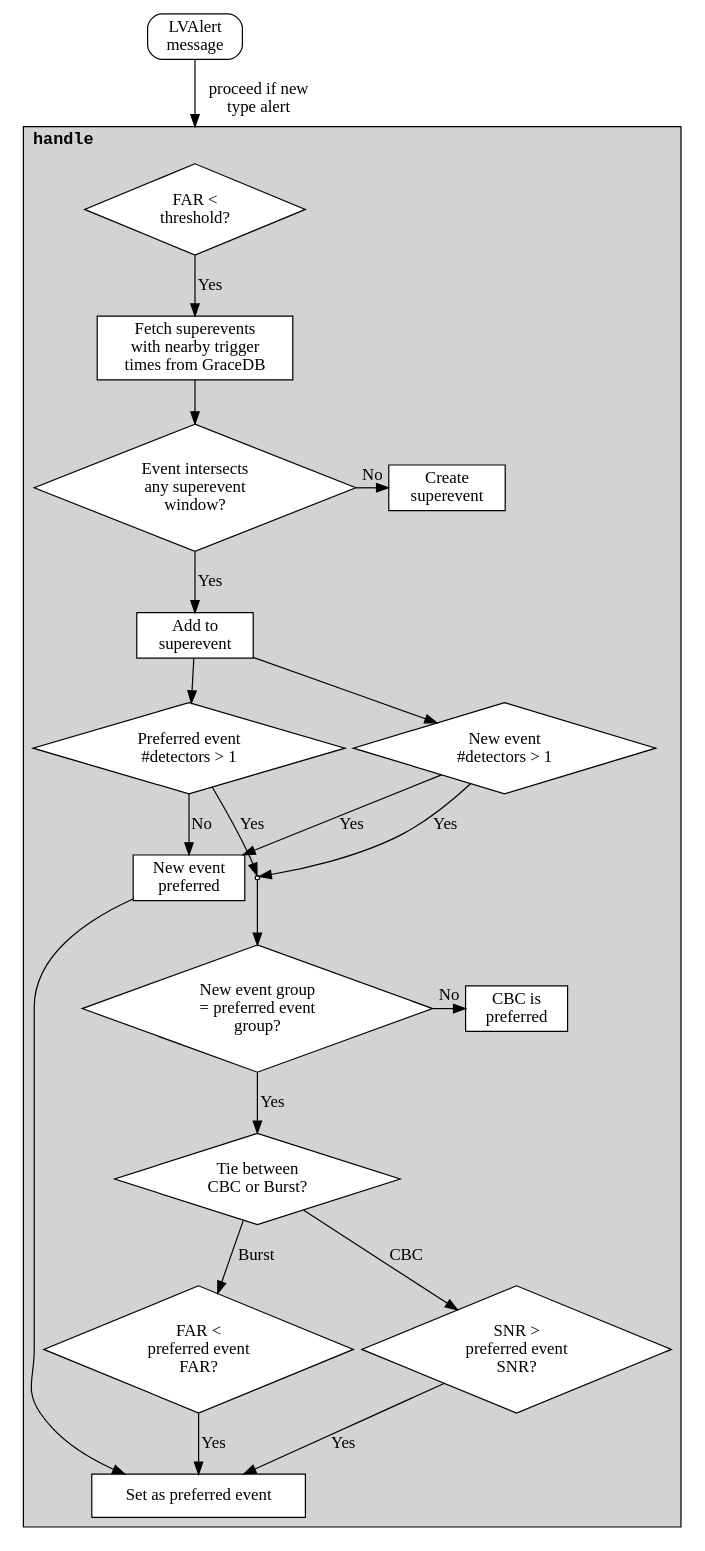
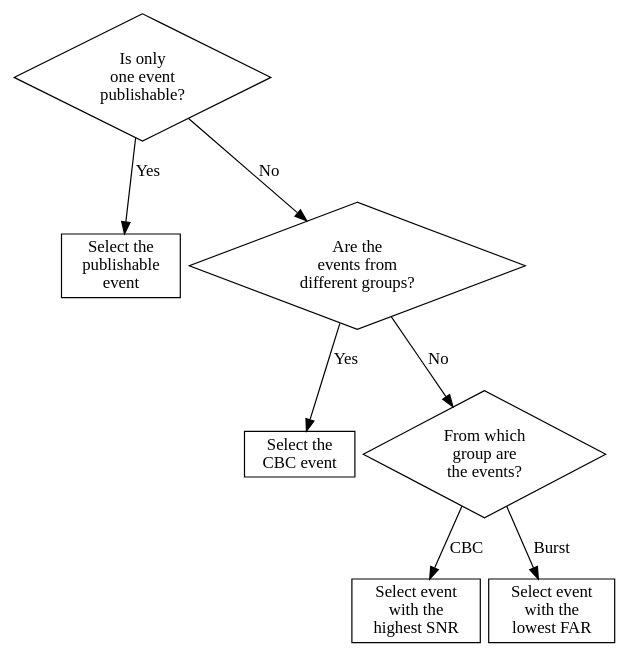
One commit to lpsinger/gwcelery changed the diagram in doc/gwcelery.tasks.superevents.rst. Above: the diagram before and after it, drawn with Graphviz. The commit also changed other lines of this file, not shown here.

Commit message:
Replace superevent flow chart with decision tree
A decision tree is a more natural way to illustrate the selection
of the preferred event than a flow chart.

```diff
--- a/doc/gwcelery.tasks.superevents.rst
+++ b/doc/gwcelery.tasks.superevents.rst
@@ -20,4 +44,4 @@
-.. digraph:: superevents
+.. digraph:: preferred_event
 
     compound = true
     nodesep = 0.1
@@ -36,120 +60,40 @@
         target = "_top"
     ]
 
-    lvalert [
-        label = "LVAlert\nmessage"
-        style = rounded
+    should_publish_differs [
+        label = "Is only\none event\npublishable?"
+        shape = diamond
     ]
 
-    subgraph cluster_handle {
-        href = "../gwcelery.tasks.superevents.html#gwcelery.tasks.superevents.handle"
-        label = <<B><FONT face="monospace">handle</FONT></B>>
+    should_publish_decides [
+        label = "Select the\npublishable\nevent"
+    ]
 
-        far_check [
-            label = "FAR <\nthreshold?"
-            shape = diamond
-        ]
+    group_differs [
+        label = "Are the\nevents from\ndifferent groups?"
+        shape = diamond
+    ]
 
-        fetch_superevents [
-            label = "Fetch superevents\nwith nearby trigger\ntimes from GraceDB"
-        ]
+    group_decides [
+        label = "Select the\nCBC event"
+    ]
 
-        {
-            rank = same
+    which_group [
+        label = "From which\ngroup are\nthe events?"
+        shape = diamond
+    ]
 
-            associated_superevent [
-                label = "Event intersects\nany superevent\nwindow?"
-                shape = diamond
-            ]
+    cbc_significance [
+        label = "Select event\nwith the\nhighest SNR"
+    ]
 
-            create_superevent [
-                label = "Create\nsuperevent"
-            ]
-        }
+    burst_significance [
+        label = "Select event\nwith the\nlowest FAR"
+    ]
 
-        {
-            rank = same
-
-            preferred_event_multi_ifo [
-                label = "Preferred event\n#detectors > 1"
-                shape = diamond
-
-            ]
-
-            new_event_multi_ifo [
-               label = "New event\n#detectors > 1"
-               shape = diamond
-            ]
-        }
-
-        {
-            rank = same
-
-            d1 [
-                label="New event\npreferred"
-            ]
-
-            d2 [
-                shape=point
-                margin = "3.20,0.05"
-            ]
-        }
-
-        add_to_superevent [
-            label = "Add to\nsuperevent"
-        ]
-
-        {
-            rank = same
-
-            group_tie [
-                label = "New event group\n= preferred event\ngroup?"
-                shape = diamond
-            ]
-
-            cbc_preferred [
-                label = "CBC is\npreferred"
-            ]
-        }
-
-        cbc_burst [
-            label = "Tie between\nCBC or Burst?"
-            shape = diamond
-        ]
-
-        far_tie_breaker [
-            label = "FAR <\npreferred event\nFAR?"
-            shape = diamond
-        ]
-
-        snr_tie_breaker [
-            label = "SNR >\npreferred event\nSNR?"
-            shape = diamond
-        ]
-
-        set_preferred [label = "Set as preferred event"]
-    }
-
-    lvalert -> far_check [
-        label = "proceed if new\ntype alert"
-        lhead = cluster_handle
-    ]
-    far_check -> fetch_superevents [label = Yes]
-    fetch_superevents -> associated_superevent
-    associated_superevent -> create_superevent [label = No]
-    associated_superevent -> add_to_superevent [label = Yes]
-    add_to_superevent -> preferred_event_multi_ifo
-    add_to_superevent -> new_event_multi_ifo
-    new_event_multi_ifo -> d1 [label = Yes]
-    preferred_event_multi_ifo -> d1 [label = No]
-    d1 -> set_preferred
-    new_event_multi_ifo -> d2 [label = Yes]
-    preferred_event_multi_ifo -> d2 [label = Yes]
-    d2 -> group_tie
-
-    group_tie -> cbc_preferred [label = No]
-    group_tie -> cbc_burst [label = Yes]
-    cbc_burst -> snr_tie_breaker [label = CBC]
-    cbc_burst -> far_tie_breaker [label = Burst]
-    far_tie_breaker -> set_preferred [label = Yes]
-    snr_tie_breaker -> set_preferred [label = Yes]
+    should_publish_differs -> should_publish_decides [label = Yes]
+    should_publish_differs -> group_differs [label = No]
+    group_differs -> group_decides [label = Yes]
+    group_differs -> which_group [label = No]
+    which_group -> cbc_significance [label = CBC]
+    which_group -> burst_significance [label = Burst]
```
